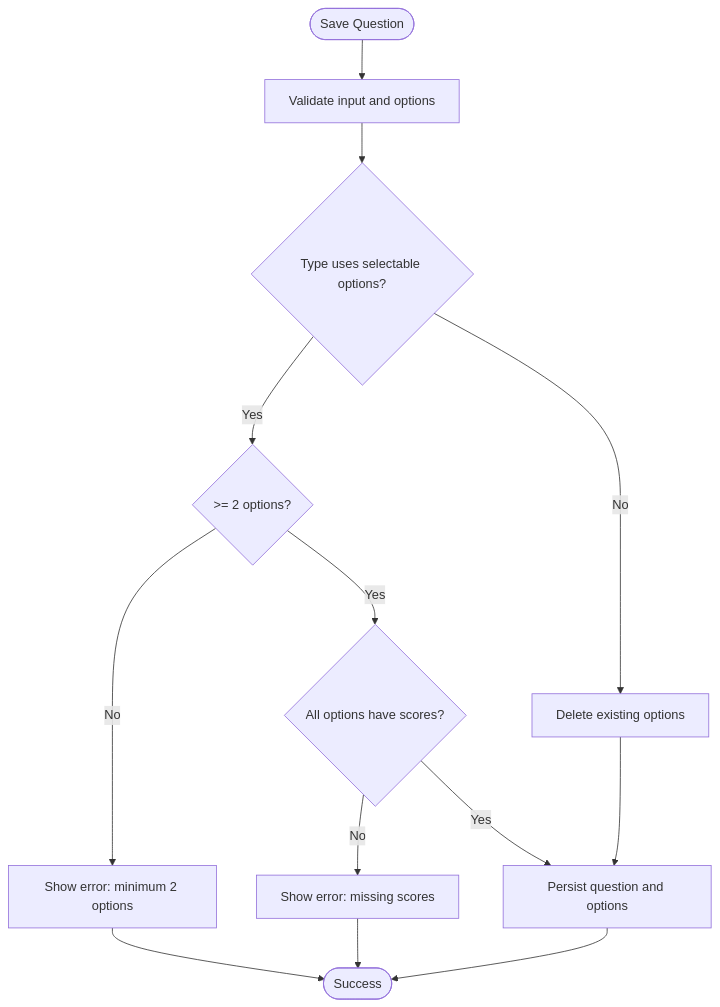
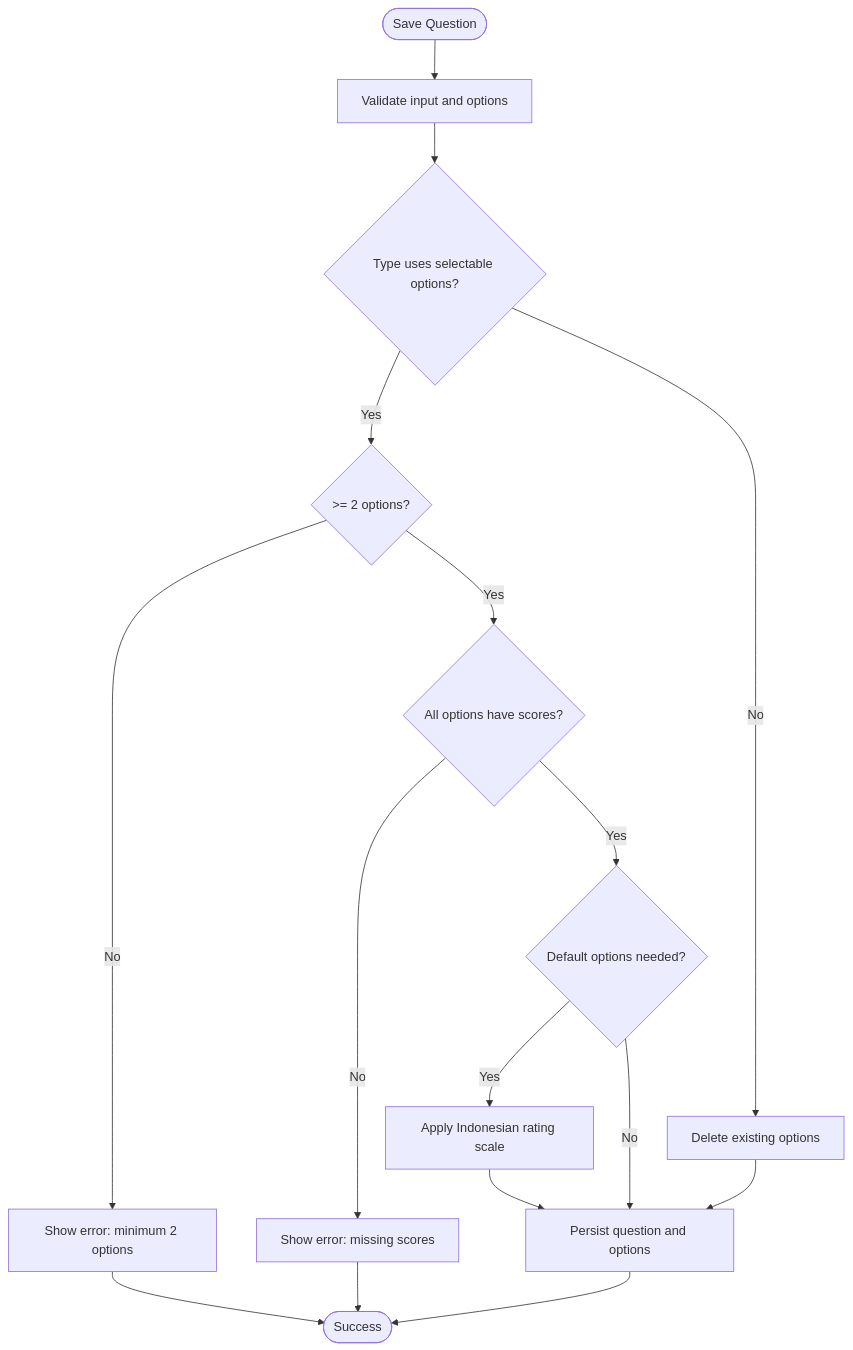
Before and after one commit to rudicatsmile/assesment360: the seventh of 10 diagrams in .qoder/repowiki/en/content/Core Features/Questionnaire Management/Questionnaire Management.md, drawn with Mermaid. The commit also changed other lines of this file and 4 other files, not shown here.

First line of the commit message:
feat(questionnaire): enhance validation and add Indonesian default rating options

````diff
--- a/.qoder/repowiki/en/content/Core Features/Questionnaire Management/Questionnaire Management.md
+++ b/.qoder/repowiki/en/content/Core Features/Questionnaire Management/Questionnaire Management.md
@@ -453,15 +523,18 @@
 ```mermaid
 flowchart TD
 Start(["Save Question"]) --> Validate["Validate input and options"]
 Validate --> TypeCheck{"Type uses selectable options?"}
 TypeCheck --> |Yes| MinOpts{">= 2 options?"}
 MinOpts --> |No| ErrMin["Show error: minimum 2 options"]
 MinOpts --> |Yes| ScoreCheck{"All options have scores?"}
 ScoreCheck --> |No| ErrScore["Show error: missing scores"]
-ScoreCheck --> |Yes| Persist["Persist question and options"]
+ScoreCheck --> |Yes| DefaultCheck{"Default options needed?"}
+DefaultCheck --> |Yes| ApplyDefaults["Apply Indonesian rating scale"]
+DefaultCheck --> |No| Persist["Persist question and options"]
+ApplyDefaults --> Persist
 TypeCheck --> |No| DeleteOpts["Delete existing options"]
 DeleteOpts --> Persist
 Persist --> Done(["Success"])
 ErrMin --> Done
 ErrScore --> Done
 ```
````
